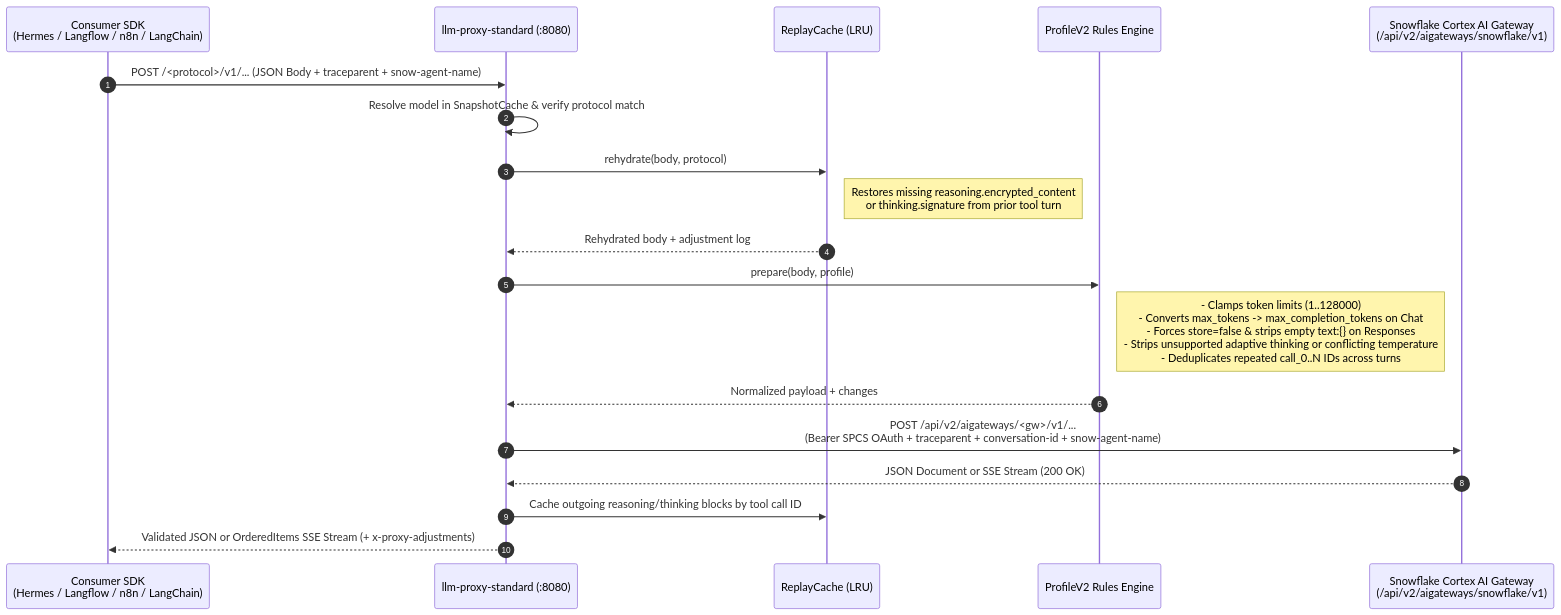
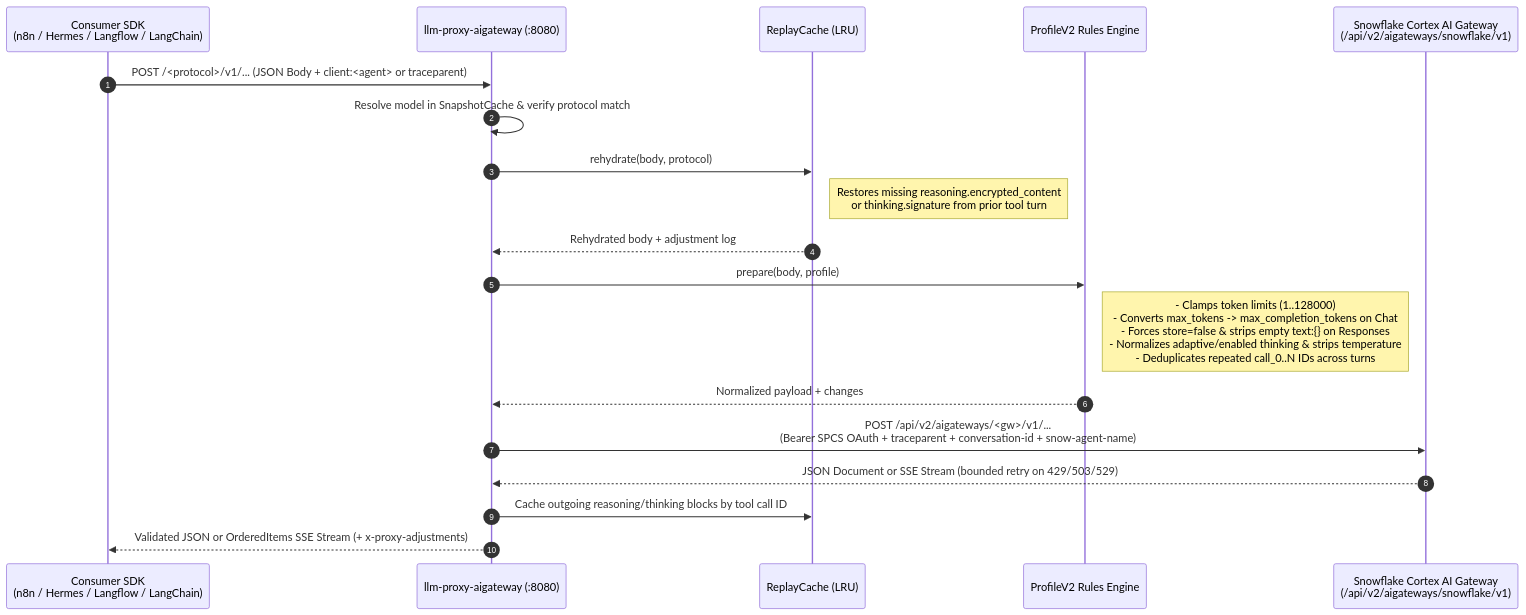
Before and after one commit to fbattaglieri-snowflake/snowflake-proxy-cortex-aigateway: the second of 3 diagrams in README.md, drawn with Mermaid. The commit also changed other lines of this file and 6 other files, not shown here.

First line of the commit message:
Align 429 backoff retry, synthesize W3C traceparent, and refresh AI Gateway docs

````diff
--- a/README.md
+++ b/README.md
@@ -173,22 +200,22 @@
 ```mermaid
 sequenceDiagram
     autonumber
-    participant Client as Consumer SDK<br/>(Hermes / Langflow / n8n / LangChain)
-    participant Proxy as llm-proxy-standard (:8080)
+    participant Client as Consumer SDK<br/>(n8n / Hermes / Langflow / LangChain)
+    participant Proxy as llm-proxy-aigateway (:8080)
     participant Replay as ReplayCache (LRU)
     participant Rules as ProfileV2 Rules Engine
     participant GW as Snowflake Cortex AI Gateway<br/>(/api/v2/aigateways/snowflake/v1)
 
-    Client->>Proxy: POST /<protocol>/v1/... (JSON Body + traceparent + snow-agent-name)
+    Client->>Proxy: POST /<protocol>/v1/... (JSON Body + client:<agent> or traceparent)
     Proxy->>Proxy: Resolve model in SnapshotCache & verify protocol match
     Proxy->>Replay: rehydrate(body, protocol)
     Note right of Replay: Restores missing reasoning.encrypted_content<br/>or thinking.signature from prior tool turn
     Replay-->>Proxy: Rehydrated body + adjustment log
     Proxy->>Rules: prepare(body, profile)
-    Note right of Rules: - Clamps token limits (1..128000)<br/>- Converts max_tokens -> max_completion_tokens on Chat<br/>- Forces store=false & strips empty text:{} on Responses<br/>- Strips unsupported adaptive thinking or conflicting temperature<br/>- Deduplicates repeated call_0..N IDs across turns
+    Note right of Rules: - Clamps token limits (1..128000)<br/>- Converts max_tokens -> max_completion_tokens on Chat<br/>- Forces store=false & strips empty text:{} on Responses<br/>- Normalizes adaptive/enabled thinking & strips temperature<br/>- Deduplicates repeated call_0..N IDs across turns
     Rules-->>Proxy: Normalized payload + changes
     Proxy->>GW: POST /api/v2/aigateways/<gw>/v1/...<br/>(Bearer SPCS OAuth + traceparent + conversation-id + snow-agent-name)
-    GW-->>Proxy: JSON Document or SSE Stream (200 OK)
+    GW-->>Proxy: JSON Document or SSE Stream (bounded retry on 429/503/529)
     Proxy->>Replay: Cache outgoing reasoning/thinking blocks by tool call ID
     Proxy-->>Client: Validated JSON or OrderedItems SSE Stream (+ x-proxy-adjustments)
 ```
````
